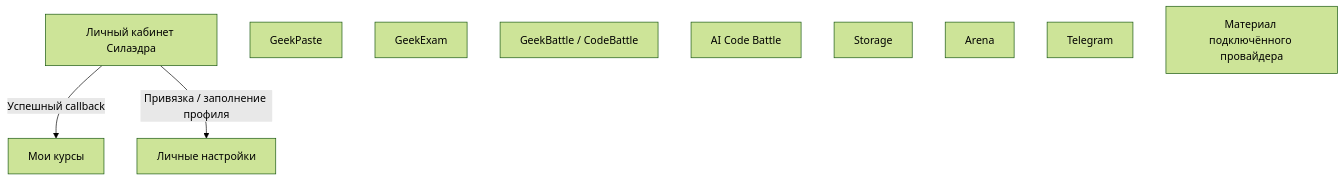
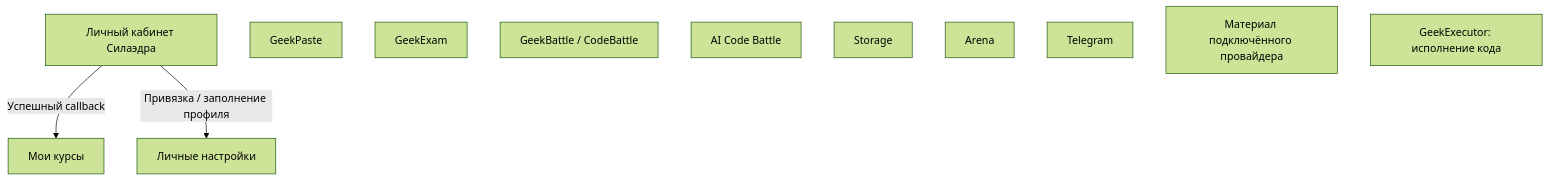
One commit to roctbb/CodingProjects changed the diagram in docs/ux/external.mmd. Above: the diagram before and after it, drawn with Mermaid (forest theme). The commit also changed 117 other files, not shown here.

```diff
--- a/docs/ux/external.mmd
+++ b/docs/ux/external.mmd
@@ -1,14 +1,15 @@
 flowchart TB
   silaeder["Личный кабинет Силаэдра"]
   geekpaste["GeekPaste"]
   geekexam["GeekExam"]
   geekbattle["GeekBattle / CodeBattle"]
   ai_code_battle["AI Code Battle"]
   storage["Storage"]
   arena["Arena"]
   telegram["Telegram"]
   provider_resource["Материал подключённого провайдера"]
+  geekexecutor["GeekExecutor: исполнение кода"]
   courses["Мои курсы"]
   profile_edit["Личные настройки"]
   silaeder -->|"Успешный callback"| courses
   silaeder -->|"Привязка / заполнение профиля"| profile_edit
```
